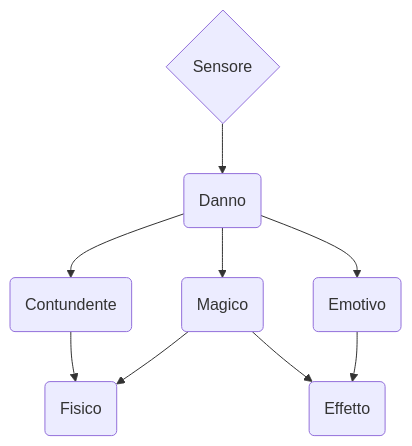
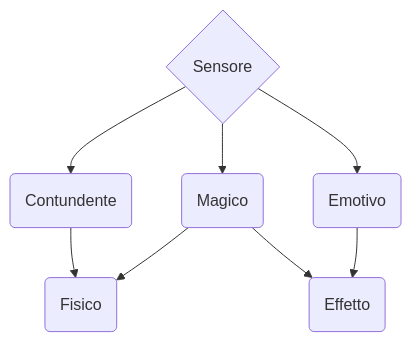
One commit to SerpenTaki/ProgettoP2 changed the diagram in Readme.md. Above: the diagram before and after it, drawn with Mermaid.

`````diff
--- a/Readme.md
+++ b/Readme.md
@@ -1,11 +1,10 @@
 ```mermaid
 flowchart TD
-A{Sensore}-->B(Danno)
-B-->C(Contundente)
+B{Sensore}-->C(Contundente)
 B-->D(Magico)
 B-->E(Emotivo)
 C-->F(Fisico)
 D-->F
 D-->G(Effetto)
 E-->G
 ````
`````
